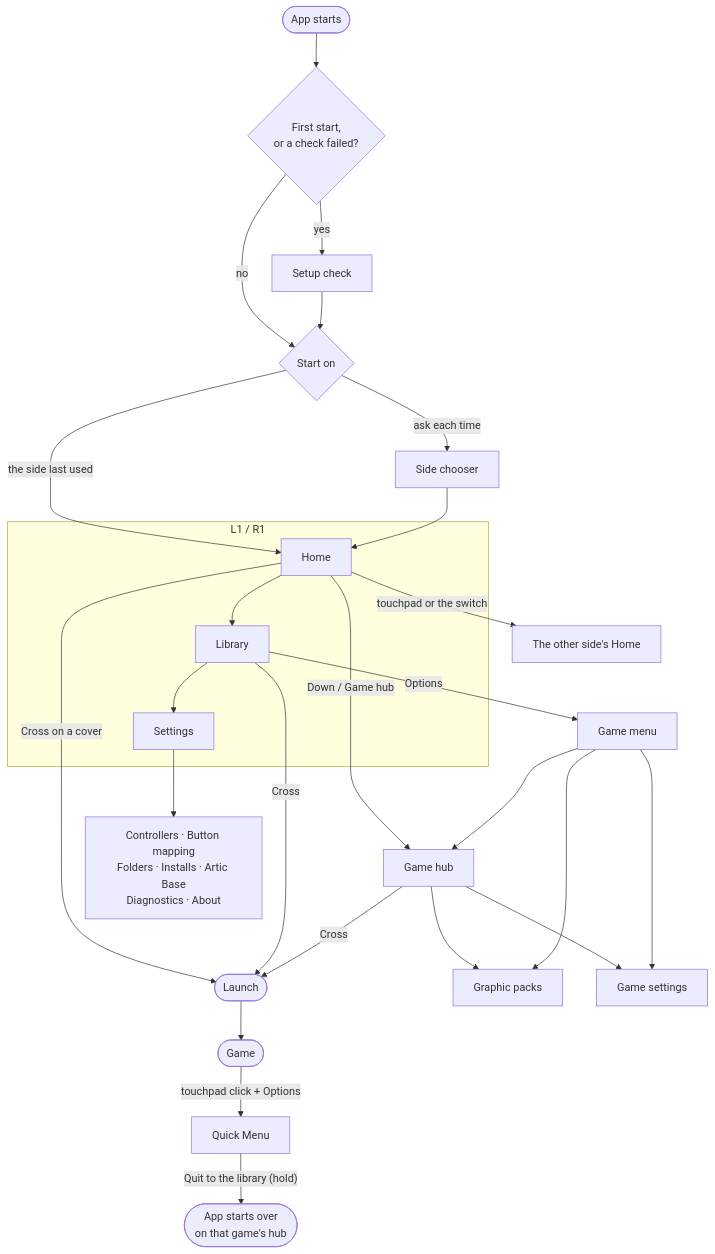
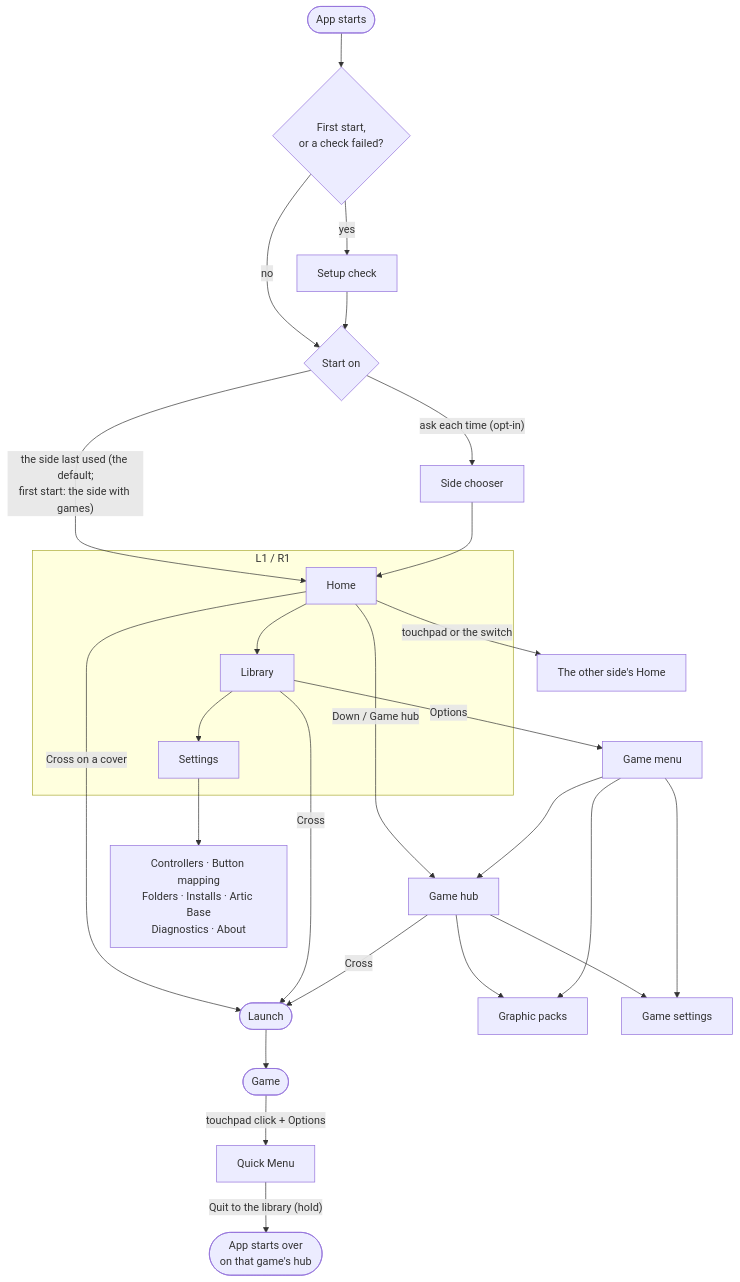
Before and after one commit to MartinPham/PS5CEMU-HAR: the second of 2 diagrams in docs/UI-REDESIGN.md, drawn with Mermaid. The commit also changed other lines of this file and 28 other files, not shown here.

````diff
--- a/docs/UI-REDESIGN.md
+++ b/docs/UI-REDESIGN.md
@@ -458,25 +461,25 @@
 ```mermaid
 flowchart TD
     Boot([App starts]) --> First{"First start,<br/>or a check failed?"}
     First -- yes --> Setup[Setup check]
     First -- no --> Side{"Start on"}
     Setup --> Side
-    Side -- "the side last used" --> Home
-    Side -- "ask each time" --> Chooser[Side chooser] --> Home
+    Side -- "the side last used (the default;<br/>first start: the side with games)" --> Home
+    Side -- "ask each time (opt-in)" --> Chooser[Side chooser] --> Home
     Home -- "touchpad or the switch" --> Other[The other side's Home]
     subgraph Tabs["L1 / R1"]
         Home --> Library --> Settings
     end
     Home -- "Cross on a cover" --> Launch([Launch])
     Home -- "Down / Game hub" --> Hub[Game hub]
     Library -- Cross --> Launch
     Library -- "Options" --> Menu[Game menu]
     Hub -- Cross --> Launch
     Hub --> Packs[Graphic packs]
     Hub --> GameSettings[Game settings]
     Menu --> Hub & Packs & GameSettings
     Settings --> Pages["Controllers · Button mapping<br/>Folders · Installs · Artic Base<br/>Diagnostics · About"]
     Launch --> Game([Game])
     Game -- "touchpad click + Options" --> Quick[Quick Menu]
     Quick -- "Quit to the library (hold)" --> Restart(["App starts over<br/>on that game's hub"])
 ```
````
